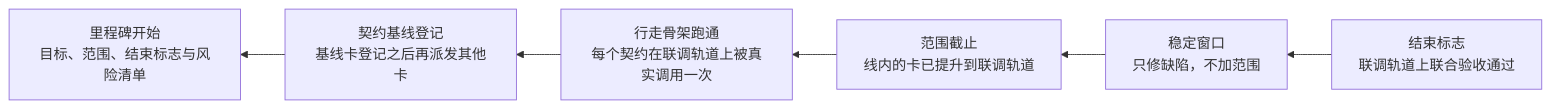
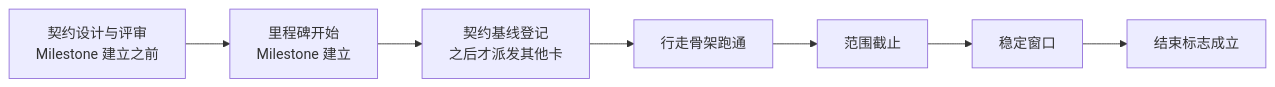
Before and after one commit to nemori-ai/omne-harness-lite: the first of 2 diagrams in .meta_harness/human/milestone-planning.md, drawn with Mermaid. The commit also changed other lines of this file, not shown here.

````diff
--- a/.meta_harness/human/milestone-planning.md
+++ b/.meta_harness/human/milestone-planning.md
@@ -30,8 +30,9 @@
 ```mermaid
-flowchart RL
-  E["结束标志<br/>联调轨道上联合验收通过"] --> S["稳定窗口<br/>只修缺陷，不加范围"]
-  S --> F["范围截止<br/>线内的卡已提升到联调轨道"]
-  F --> W["行走骨架跑通<br/>每个契约在联调轨道上被真实调用一次"]
-  W --> B["契约基线登记<br/>基线卡登记之后再派发其他卡"]
-  B --> G["里程碑开始<br/>目标、范围、结束标志与风险清单"]
+flowchart LR
+  D["契约设计与评审<br/>Milestone 建立之前"] --> G["里程碑开始<br/>Milestone 建立"]
+  G --> B["契约基线登记<br/>之后才派发其他卡"]
+  B --> W["行走骨架跑通"]
+  W --> F["范围截止"]
+  F --> S["稳定窗口"]
+  S --> E["结束标志成立"]
 ```
````
